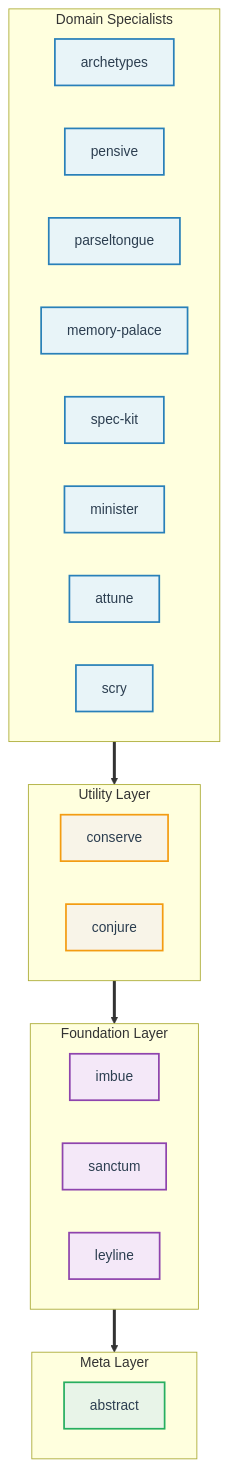
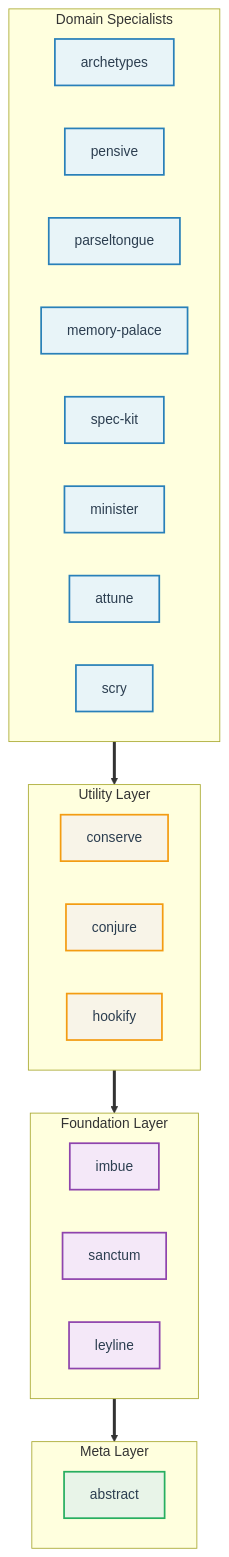
Before and after one commit to athola/claude-night-market: the diagram in README.md, drawn with Mermaid. The commit also changed other lines of this file and 24 other files, not shown here.

````diff
--- a/README.md
+++ b/README.md
@@ -42,39 +44,40 @@
 ```mermaid
 flowchart TB
     classDef domainClass fill:#e8f4f8,stroke:#2980b9,stroke-width:2px,color:#2c3e50
     classDef utilityClass fill:#f8f4e8,stroke:#f39c12,stroke-width:2px,color:#2c3e50
     classDef foundationClass fill:#f4e8f8,stroke:#8e44ad,stroke-width:2px,color:#2c3e50
     classDef metaClass fill:#e8f4e8,stroke:#27ae60,stroke-width:2px,color:#2c3e50
 
     subgraph Domain["Domain Specialists"]
         direction LR
         D1[archetypes]:::domainClass
         D2[pensive]:::domainClass
         D3[parseltongue]:::domainClass
         D4[memory-palace]:::domainClass
         D5[spec-kit]:::domainClass
         D6[minister]:::domainClass
         D7[attune]:::domainClass
         D8[scry]:::domainClass
     end
 
     subgraph Utility["Utility Layer"]
         direction LR
         U1[conserve]:::utilityClass
         U2[conjure]:::utilityClass
+        U3[hookify]:::utilityClass
     end
 
     subgraph Foundation["Foundation Layer"]
         direction LR
         F1[imbue]:::foundationClass
         F2[sanctum]:::foundationClass
         F3[leyline]:::foundationClass
     end
 
     subgraph Meta["Meta Layer"]
         direction LR
         M1[abstract]:::metaClass
     end
 
     Domain ==> Utility ==> Foundation ==> Meta
 ```
````
